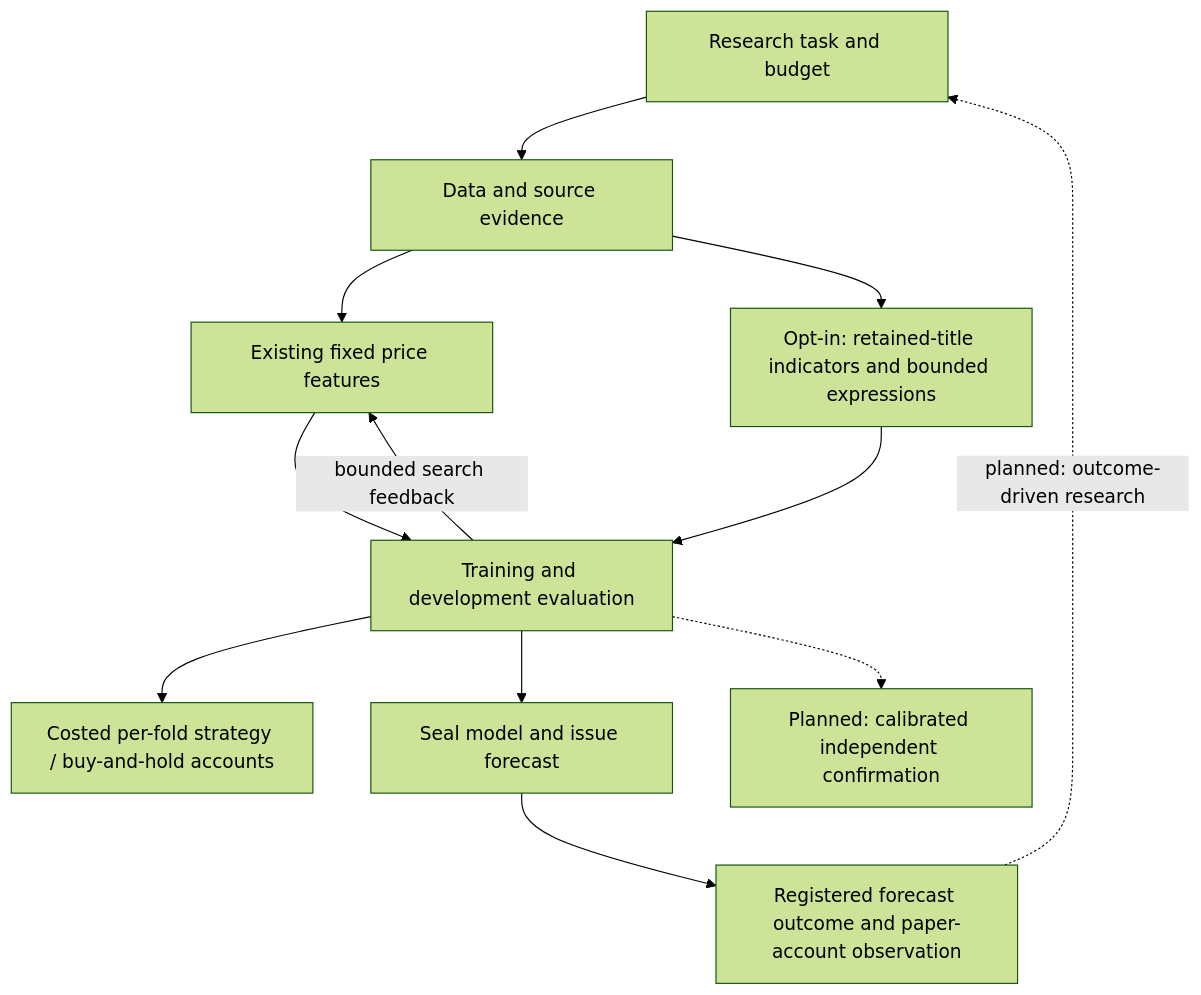
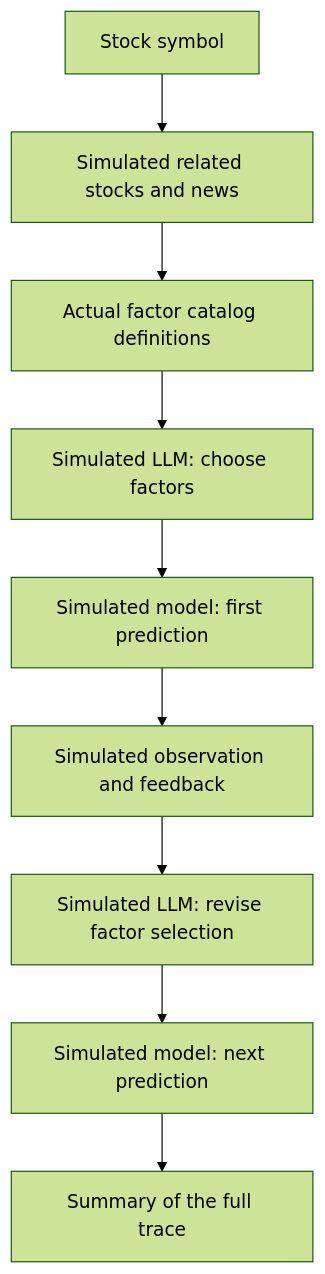
The second of 2 diagrams in README.md (chickeyton/Quant_RSI), drawn with Mermaid (forest theme) before and after one commit. The commit also changed other lines of this file and 1 other file, not shown here.

Commit message:
Foreground the simulated stock research product loop

````diff
--- a/README.md
+++ b/README.md
@@ -62,14 +71,11 @@
 ```mermaid
 flowchart TD
-    A["Research task and budget"] --> B["Data and source evidence"]
-    B --> C["Existing fixed price features"]
-    B --> D["Opt-in: retained-title indicators and bounded expressions"]
-    C --> E["Training and development evaluation"]
-    D --> E
-    E -->|"bounded search feedback"| C
-    E --> S["Costed per-fold strategy / buy-and-hold accounts"]
-    E --> F["Seal model and issue forecast"]
-    E -.-> G["Planned: calibrated independent confirmation"]
-    F --> H["Registered forecast outcome and paper-account observation"]
-    H -.->|"planned: outcome-driven research"| A
+    A["Stock symbol"] --> B["Simulated related stocks and news"]
+    B --> C["Actual factor catalog definitions"]
+    C --> D["Simulated LLM: choose factors"]
+    D --> E["Simulated model: first prediction"]
+    E --> F["Simulated observation and feedback"]
+    F --> G["Simulated LLM: revise factor selection"]
+    G --> H["Simulated model: next prediction"]
+    H --> I["Summary of the full trace"]
 ```
````
